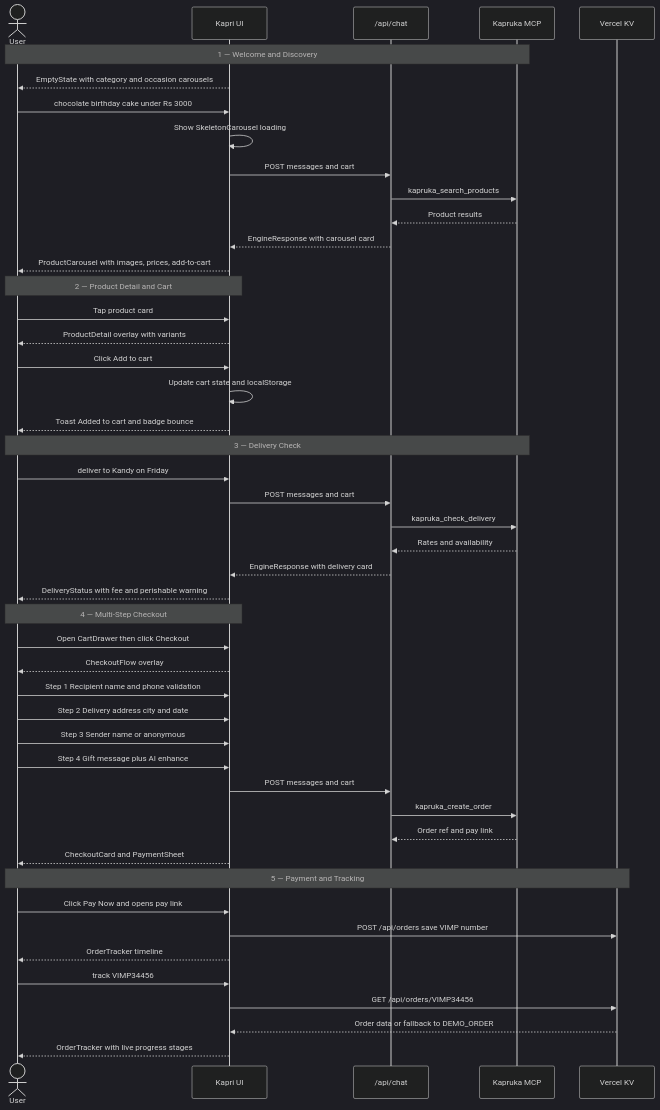
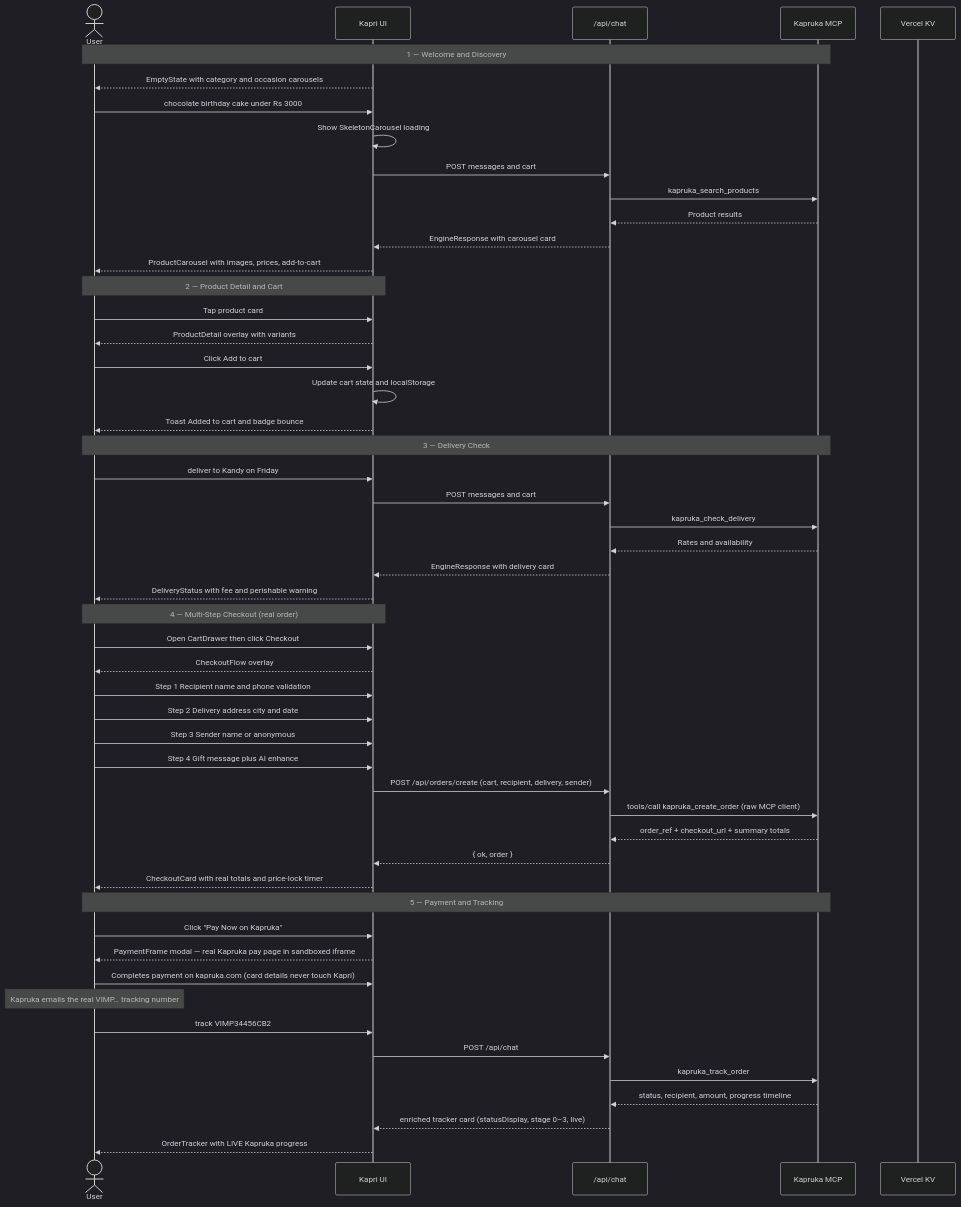
Before and after one commit to LasaKaru/kapri: the seventh of 8 diagrams in README.md, drawn with Mermaid (dark theme). The commit also changed other lines of this file, not shown here.

First line of the commit message:
docs: update README for real payments, Haiku 4.5, and hardened MCP integration

````diff
--- a/README.md
+++ b/README.md
@@ -231,54 +350,58 @@
 ```mermaid
 sequenceDiagram
     actor User
     participant UI as Kapri UI
     participant API as /api/chat
     participant MCP as Kapruka MCP
     participant KV as Vercel KV
 
     Note over User,MCP: 1 — Welcome and Discovery
     UI-->>User: EmptyState with category and occasion carousels
     User->>UI: chocolate birthday cake under Rs 3000
     UI->>UI: Show SkeletonCarousel loading
     UI->>API: POST messages and cart
     API->>MCP: kapruka_search_products
     MCP-->>API: Product results
     API-->>UI: EngineResponse with carousel card
     UI-->>User: ProductCarousel with images, prices, add-to-cart
 
     Note over User,UI: 2 — Product Detail and Cart
     User->>UI: Tap product card
     UI-->>User: ProductDetail overlay with variants
     User->>UI: Click Add to cart
     UI->>UI: Update cart state and localStorage
     UI-->>User: Toast Added to cart and badge bounce
 
     Note over User,MCP: 3 — Delivery Check
     User->>UI: deliver to Kandy on Friday
     UI->>API: POST messages and cart
     API->>MCP: kapruka_check_delivery
     MCP-->>API: Rates and availability
     API-->>UI: EngineResponse with delivery card
     UI-->>User: DeliveryStatus with fee and perishable warning
 
-    Note over User,UI: 4 — Multi-Step Checkout
+    Note over User,UI: 4 — Multi-Step Checkout (real order)
     User->>UI: Open CartDrawer then click Checkout
     UI-->>User: CheckoutFlow overlay
     User->>UI: Step 1 Recipient name and phone validation
     User->>UI: Step 2 Delivery address city and date
     User->>UI: Step 3 Sender name or anonymous
     User->>UI: Step 4 Gift message plus AI enhance
-    UI->>API: POST messages and cart
-    API->>MCP: kapruka_create_order
-    MCP-->>API: Order ref and pay link
-    UI-->>User: CheckoutCard and PaymentSheet
+    UI->>API: POST /api/orders/create (cart, recipient, delivery, sender)
+    API->>MCP: tools/call kapruka_create_order (raw MCP client)
+    MCP-->>API: order_ref + checkout_url + summary totals
+    API-->>UI: { ok, order }
+    UI-->>User: CheckoutCard with real totals and price-lock timer
 
-    Note over User,KV: 5 — Payment and Tracking
-    User->>UI: Click Pay Now and opens pay link
-    UI->>KV: POST /api/orders save VIMP number
-    UI-->>User: OrderTracker timeline
-    User->>UI: track VIMP34456
-    UI->>KV: GET /api/orders/VIMP34456
-    KV-->>UI: Order data or fallback to DEMO_ORDER
-    UI-->>User: OrderTracker with live progress stages
+    Note over User,MCP: 5 — Payment and Tracking
+    User->>UI: Click "Pay Now on Kapruka"
+    UI-->>User: PaymentFrame modal — real Kapruka pay page in sandboxed iframe
+    User->>UI: Completes payment on kapruka.com (card details never touch Kapri)
+    Note over User: Kapruka emails the real VIMP… tracking number
+    User->>UI: track VIMP34456CB2
+    UI->>API: POST /api/chat
+    API->>MCP: kapruka_track_order
+    MCP-->>API: status, recipient, amount, progress timeline
+    API-->>UI: enriched tracker card (statusDisplay, stage 0–3, live)
+    UI-->>User: OrderTracker with LIVE Kapruka progress
 ```
````
